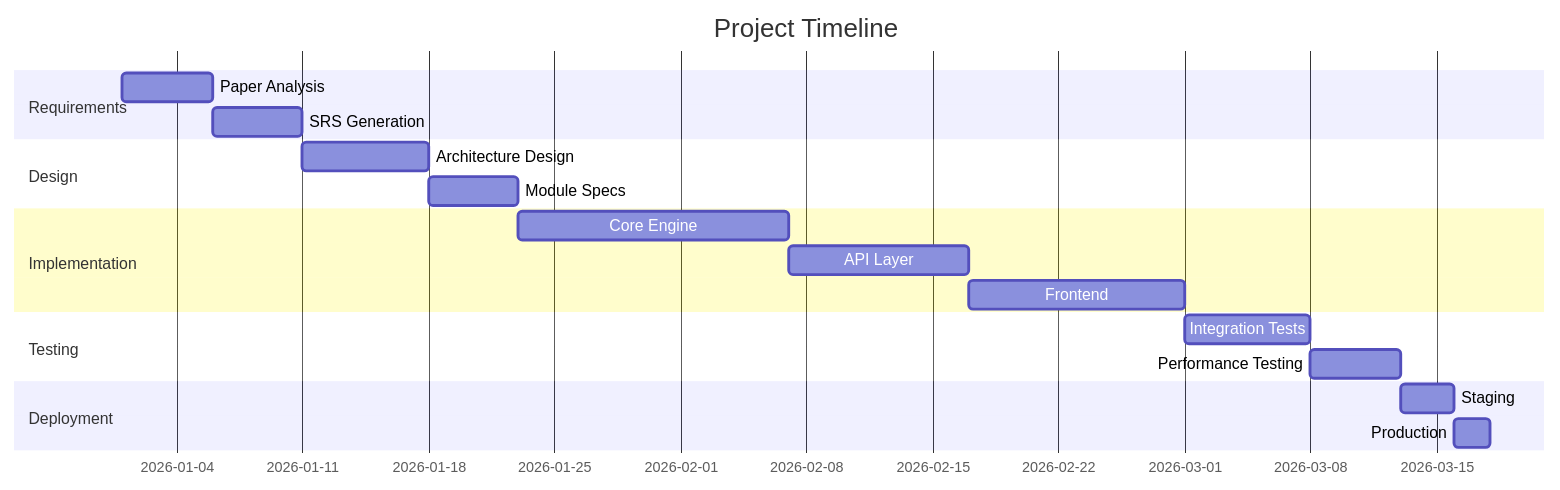
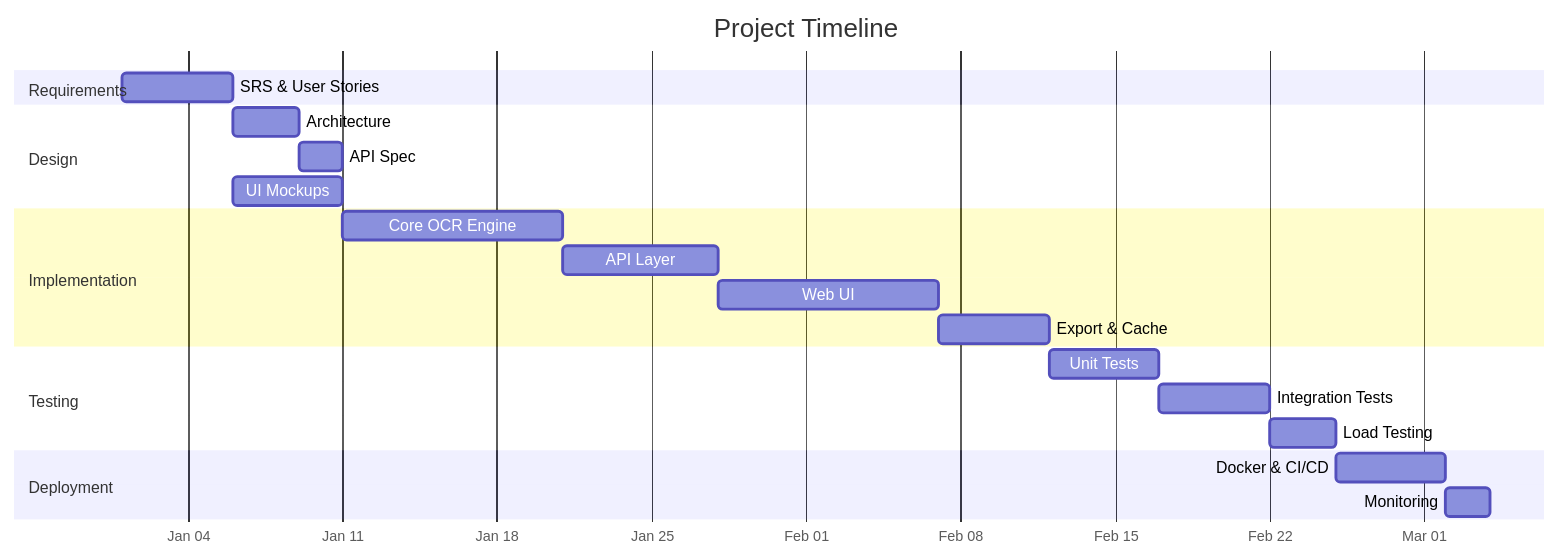
The ninth of 12 diagrams in pipeline_report.md (karun99/Collabuild), drawn with Mermaid before and after one commit. The commit also changed other lines of this file and 17 other files, not shown here.

First line of the commit message:
feat: add stage-10 README generation and DevSRS SRS-to-app builder

````diff
--- a/pipeline_report.md
+++ b/pipeline_report.md
@@ -265,21 +410,29 @@
 ```mermaid
 gantt
     title Project Timeline
     dateFormat  YYYY-MM-DD
+    axisFormat  %b %d
+
     section Requirements
-    Paper Analysis           :a1, 2026-01-01, 5d
-    SRS Generation           :a2, after a1, 5d
+    SRS & User Stories     :a1, 2026-01-01, 5d
+
     section Design
-    Architecture Design      :b1, after a2, 7d
-    Module Specs             :b2, after b1, 5d
+    Architecture           :b1, after a1, 3d
+    API Spec               :b2, after b1, 2d
+    UI Mockups             :b3, after a1, 5d
+
     section Implementation
-    Core Engine              :c1, after b2, 15d
-    API Layer                :c2, after c1, 10d
-    Frontend                 :c3, after c2, 12d
+    Core OCR Engine        :c1, after b2, 10d
+    API Layer              :c2, after c1, 7d
+    Web UI                 :c3, after c2, 10d
+    Export & Cache         :c4, after c3, 5d
+
     section Testing
-    Integration Tests        :d1, after c3, 7d
-    Performance Testing      :d2, after d1, 5d
+    Unit Tests             :d1, after c4, 5d
+    Integration Tests      :d2, after d1, 5d
+    Load Testing           :d3, after d2, 3d
+
     section Deployment
-    Staging                  :e1, after d2, 3d
-    Production               :e2, after e1, 2d
+    Docker & CI/CD         :e1, after d3, 5d
+    Monitoring             :e2, after e1, 2d
 ```
````
